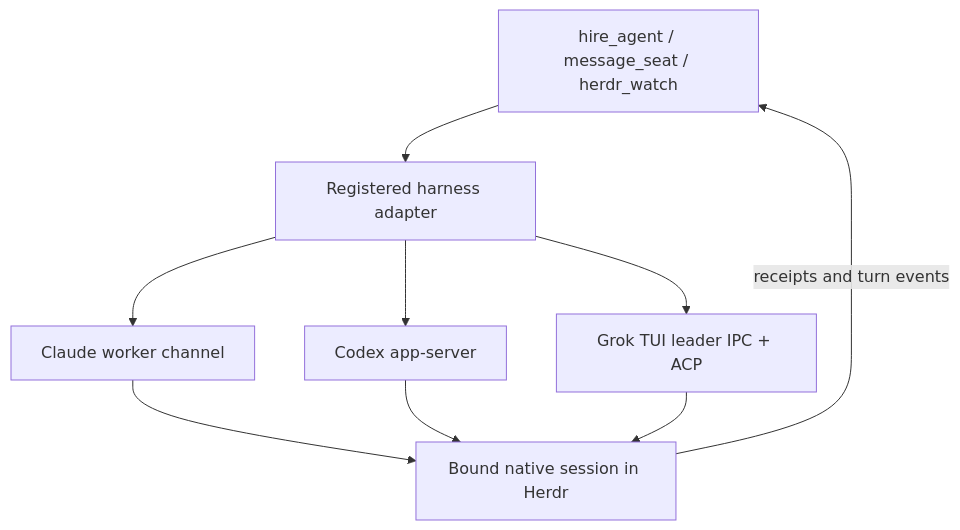
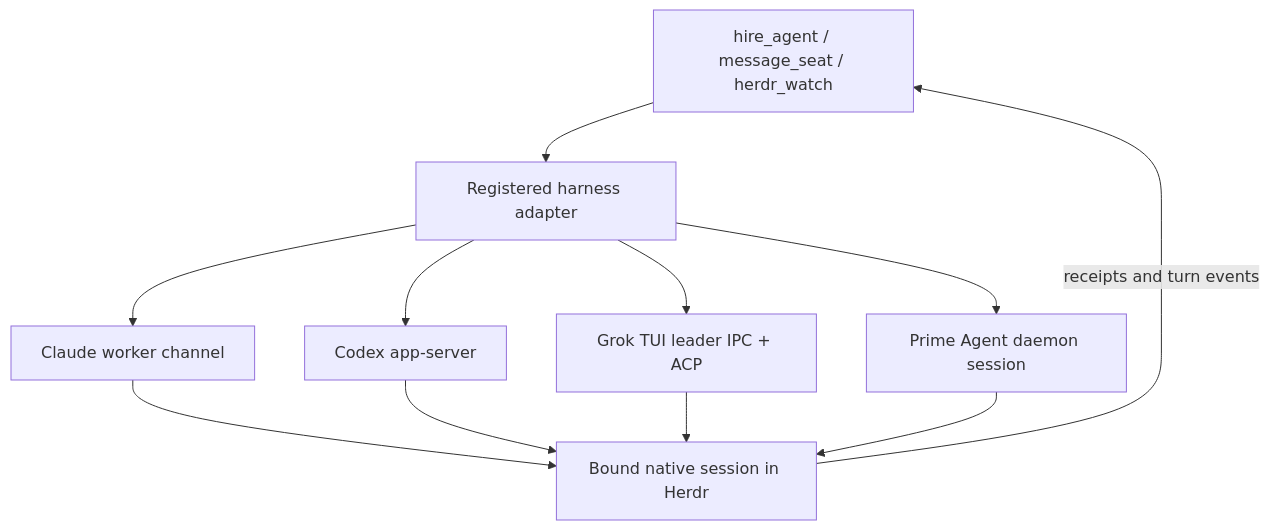
The diagram in packages/agent-hosts/README.md (Volpestyle/clankie), drawn with Mermaid before and after one commit. The commit also changed other lines of this file and 11 other files, not shown here.

First line of the commit message:
feat(prime): hire, message and settle native Prime Agent workers (VUH-1556)

````diff
--- a/packages/agent-hosts/README.md
+++ b/packages/agent-hosts/README.md
@@ -68,11 +68,13 @@
 ```mermaid
 flowchart TD
   Tools["hire_agent / message_seat / herdr_watch"] --> Adapter["Registered harness adapter"]
   Adapter --> Claude["Claude worker channel"]
   Adapter --> Codex["Codex app-server"]
   Adapter --> Grok["Grok TUI leader IPC + ACP"]
+  Adapter --> Prime["Prime Agent daemon session"]
   Claude --> Session["Bound native session in Herdr"]
   Codex --> Session
   Grok --> Session
+  Prime --> Session
   Session -->|"receipts and turn events"| Tools
 ```
````
